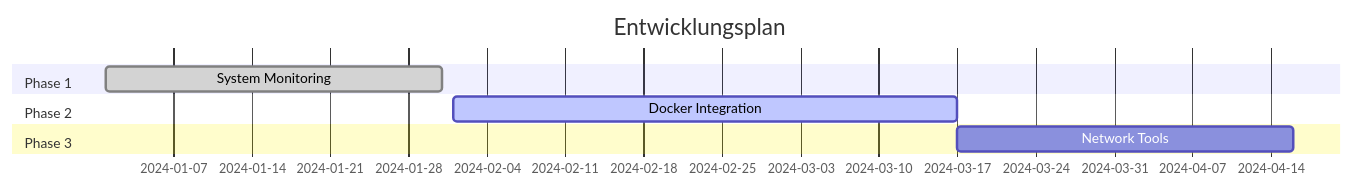
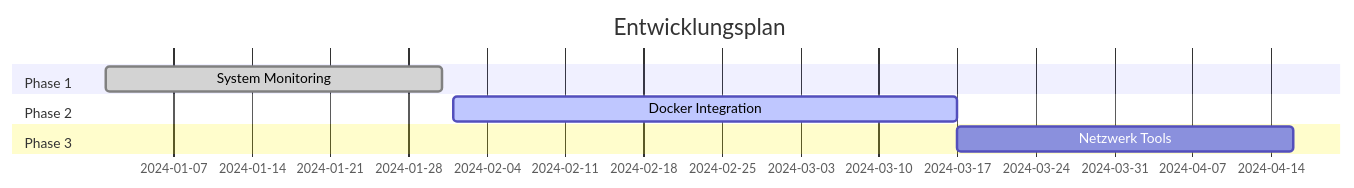
The second of 2 diagrams in README.md (GSign2052/Mintron-Dashboard), drawn with Mermaid before and after one commit. The commit also changed other lines of this file, not shown here.

````diff
--- a/README.md
+++ b/README.md
@@ -207,10 +164,10 @@
 ```mermaid
 gantt
     title Entwicklungsplan
     section Phase 1
     System Monitoring    :done,    des1, 2024-01-01, 30d
     section Phase 2
     Docker Integration   :active,  des2, 2024-02-01, 45d
     section Phase 3
-    Network Tools       :         des3, after des2, 30d
+    Netzwerk Tools       :         des3, after des2, 30d
 ```
````
